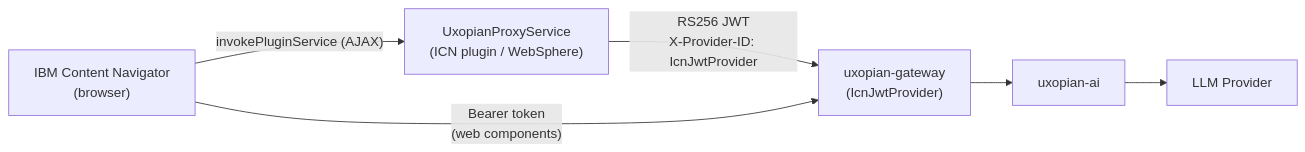
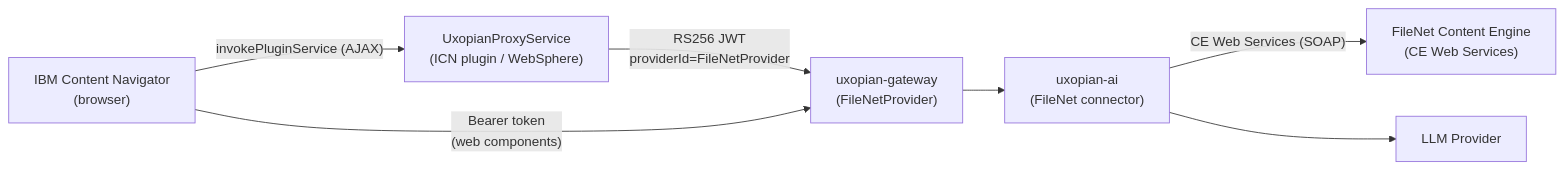
One commit to Uxopian/uxodocs changed the diagram in docs/uxopian-ai/how_to/integrate_with_filenet.mdx. Above: the diagram before and after it, drawn with Mermaid. The commit also changed other lines of this file and 1 other file, not shown here.

First line of the commit message:
docs(uxopian-ai): fix FileNet ICN plugin doc and add backend connector setup

````diff
--- a/docs/uxopian-ai/how_to/integrate_with_filenet.mdx
+++ b/docs/uxopian-ai/how_to/integrate_with_filenet.mdx
@@ -15,14 +15,16 @@
 ```mermaid
 flowchart LR
     ICN["IBM Content Navigator<br/>(browser)"]
     PLUGIN["UxopianProxyService<br/>(ICN plugin / WebSphere)"]
-    GW["uxopian-gateway<br/>(IcnJwtProvider)"]
-    AI["uxopian-ai"]
+    GW["uxopian-gateway<br/>(FileNetProvider)"]
+    AI["uxopian-ai<br/>(FileNet connector)"]
+    CE["FileNet Content Engine<br/>(CE Web Services)"]
     LLM["LLM Provider"]
 
     ICN -->|"invokePluginService (AJAX)"| PLUGIN
-    PLUGIN -->|"RS256 JWT<br/>X-Provider-ID: IcnJwtProvider"| GW
+    PLUGIN -->|"RS256 JWT<br/>providerId=FileNetProvider"| GW
     GW --> AI
+    AI -->|"CE Web Services (SOAP)"| CE
     AI --> LLM
     ICN -->|"Bearer token<br/>(web components)"| GW
 ```
````
